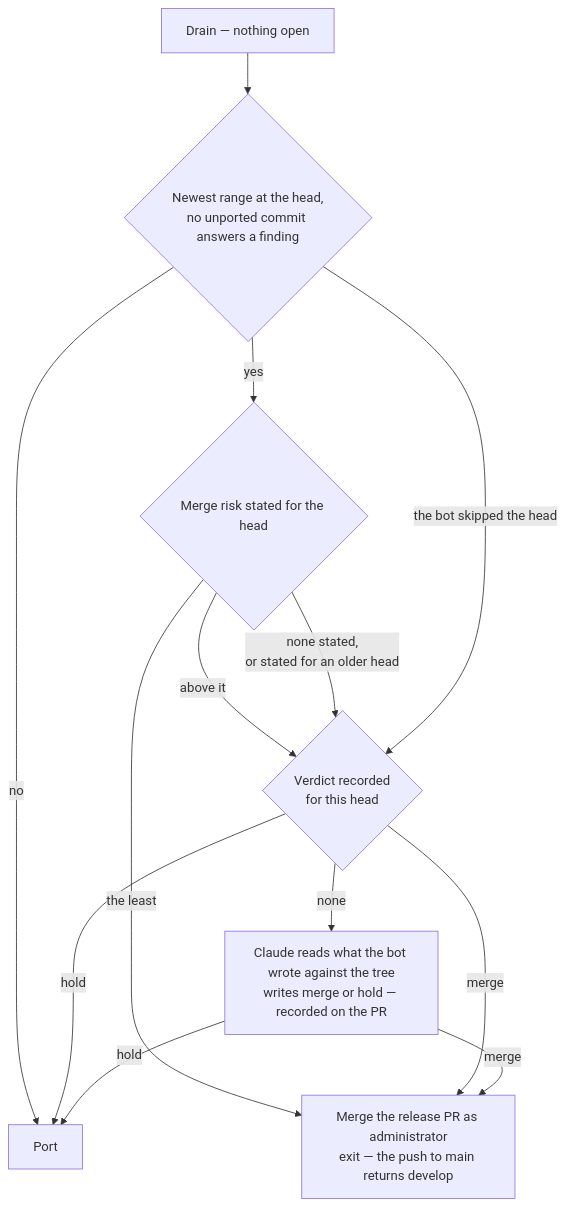
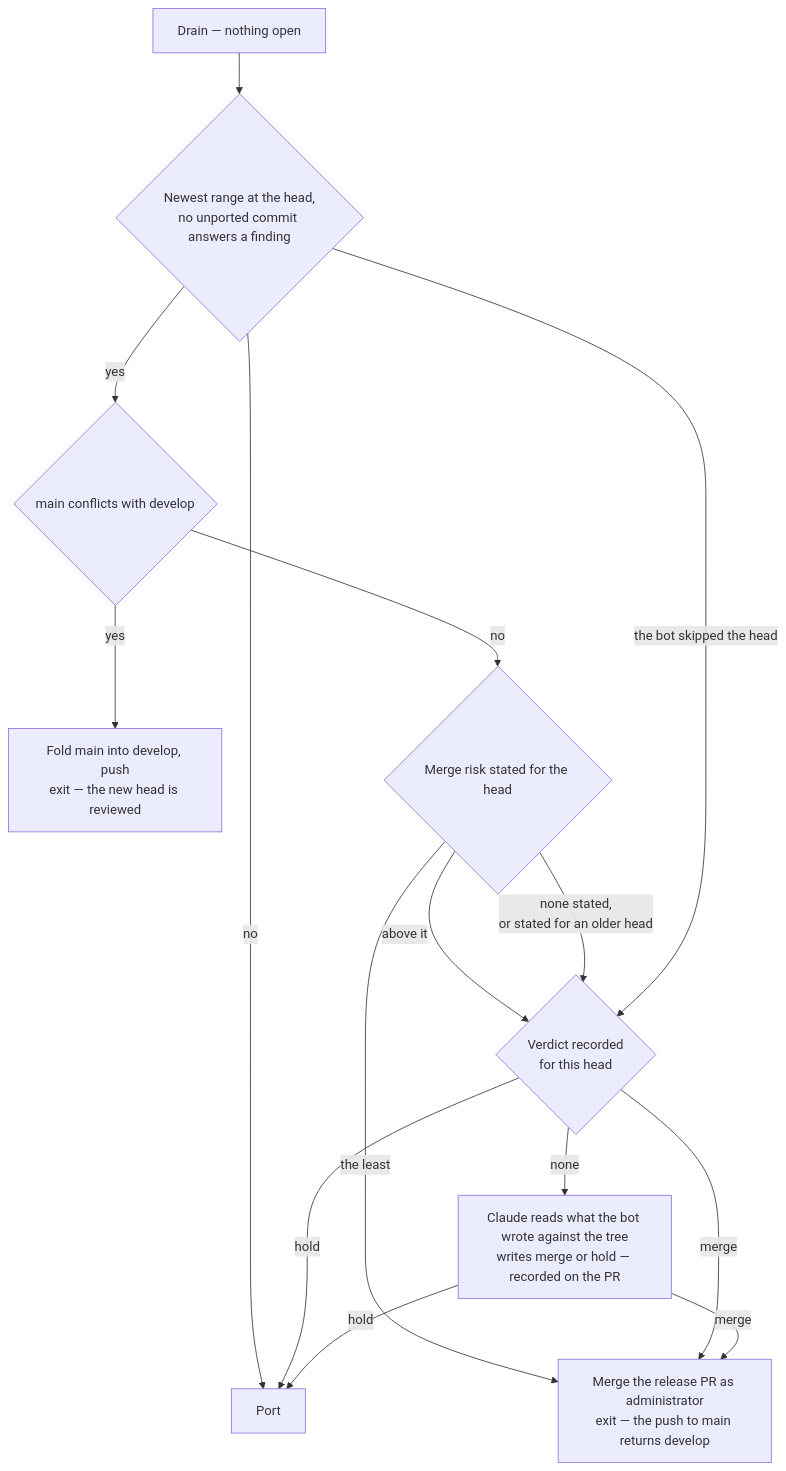
The second of 4 diagrams in apps/web/content/docs/infra/review-collector/collection-cycle.md (Esposter/Esposter), drawn with Mermaid before and after one commit. The commit also changed other lines of this file and 6 other files, not shown here.

First line of the commit message:
fix(collector): fold a main the clean release conflicts with instead of failing its merge

````diff
--- a/apps/web/content/docs/infra/review-collector/collection-cycle.md
+++ b/apps/web/content/docs/infra/review-collector/collection-cycle.md
@@ -82,15 +82,17 @@
 ```mermaid
 flowchart TD
   D[Drain — nothing open] --> CL{Newest range at the head,<br/>no unported commit answers a finding}
   CL -->|no| P[Port]
-  CL -->|yes| MR{Merge risk stated for the head}
+  CL -->|yes| FC{main conflicts with develop}
+  FC -->|yes| FR[Fold main into develop, push<br/>exit — the new head is reviewed]
+  FC -->|no| MR{Merge risk stated for the head}
   MR -->|the least| MG[Merge the release PR as administrator<br/>exit — the push to main returns develop]
   MR -->|above it| V{Verdict recorded<br/>for this head}
   MR -->|none stated,<br/>or stated for an older head| V
   CL -->|the bot skipped the head| V
   V -->|merge| MG
   V -->|hold| P
   V -->|none| J[Claude reads what the bot wrote against the tree<br/>writes merge or hold — recorded on the PR]
   J -->|merge| MG
   J -->|hold| P
 ```
````
